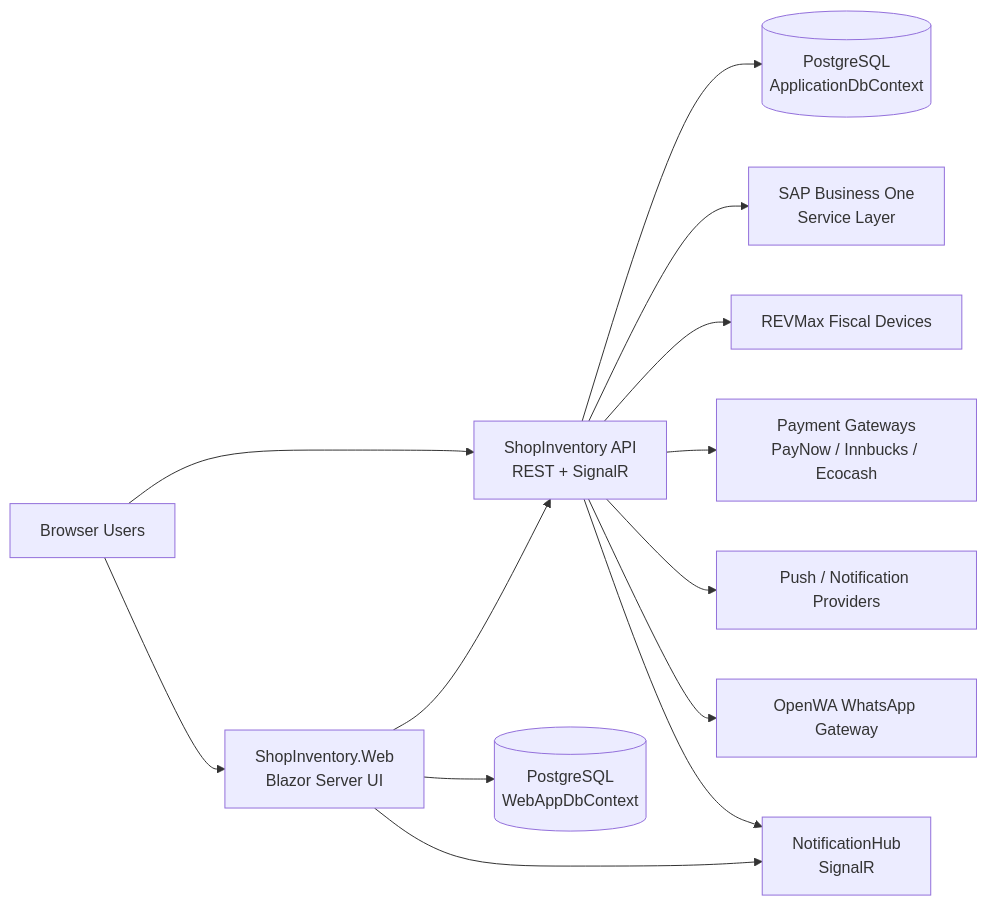
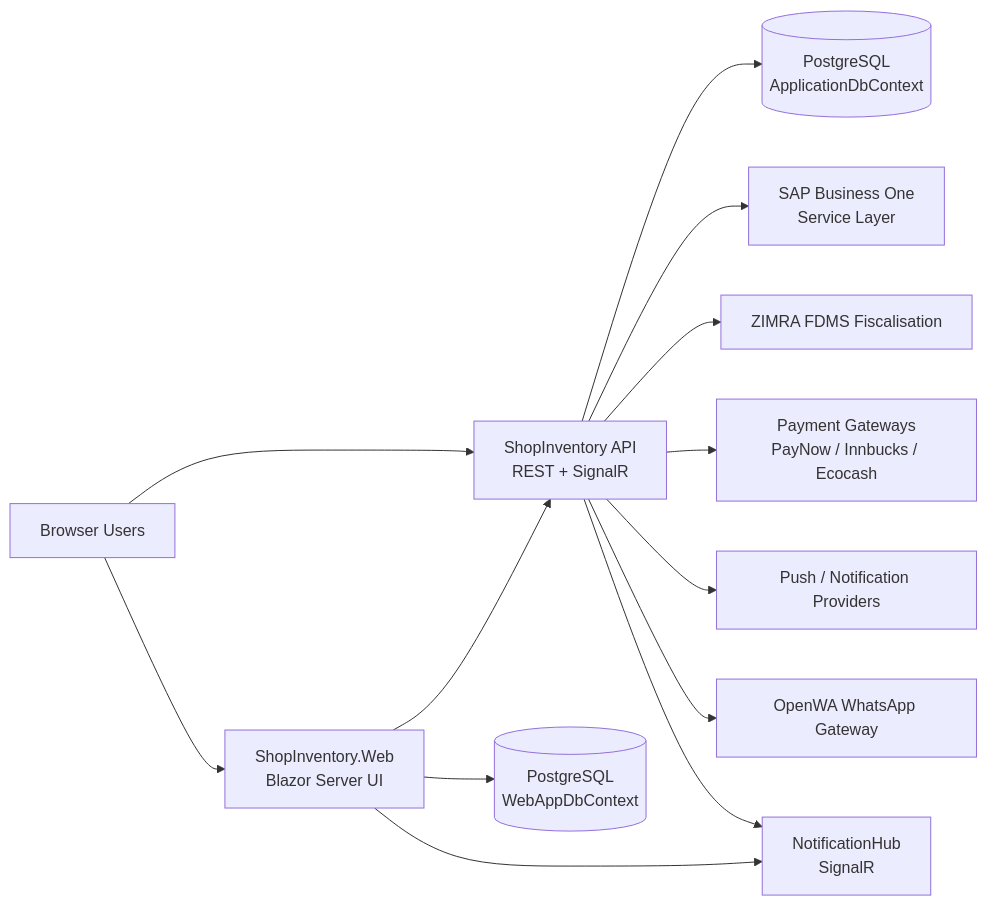
The first of 2 diagrams in architecture.md (Ngonie69/ShopInventory), drawn with Mermaid before and after one commit. The commit also changed other lines of this file and 116 other files, not shown here.

````diff
--- a/architecture.md
+++ b/architecture.md
@@ -18,18 +18,18 @@
 ```mermaid
 flowchart LR
     Browser[Browser Users] --> Web[ShopInventory.Web\nBlazor Server UI]
     Browser --> Api[ShopInventory API\nREST + SignalR]
     Web --> Api
 
     Api --> ApiDb[(PostgreSQL\nApplicationDbContext)]
     Web --> WebDb[(PostgreSQL\nWebAppDbContext)]
 
     Api --> SAP[SAP Business One\nService Layer]
-    Api --> REV[REVMax Fiscal Devices]
+    Api --> REV[ZIMRA FDMS Fiscalisation]
     Api --> Pay[Payment Gateways\nPayNow / Innbucks / Ecocash]
     Api --> Push[Push / Notification Providers]
     Api --> OpenWA[OpenWA WhatsApp Gateway]
 
     Api --> Hub[NotificationHub\nSignalR]
     Web --> Hub
 ```
````
